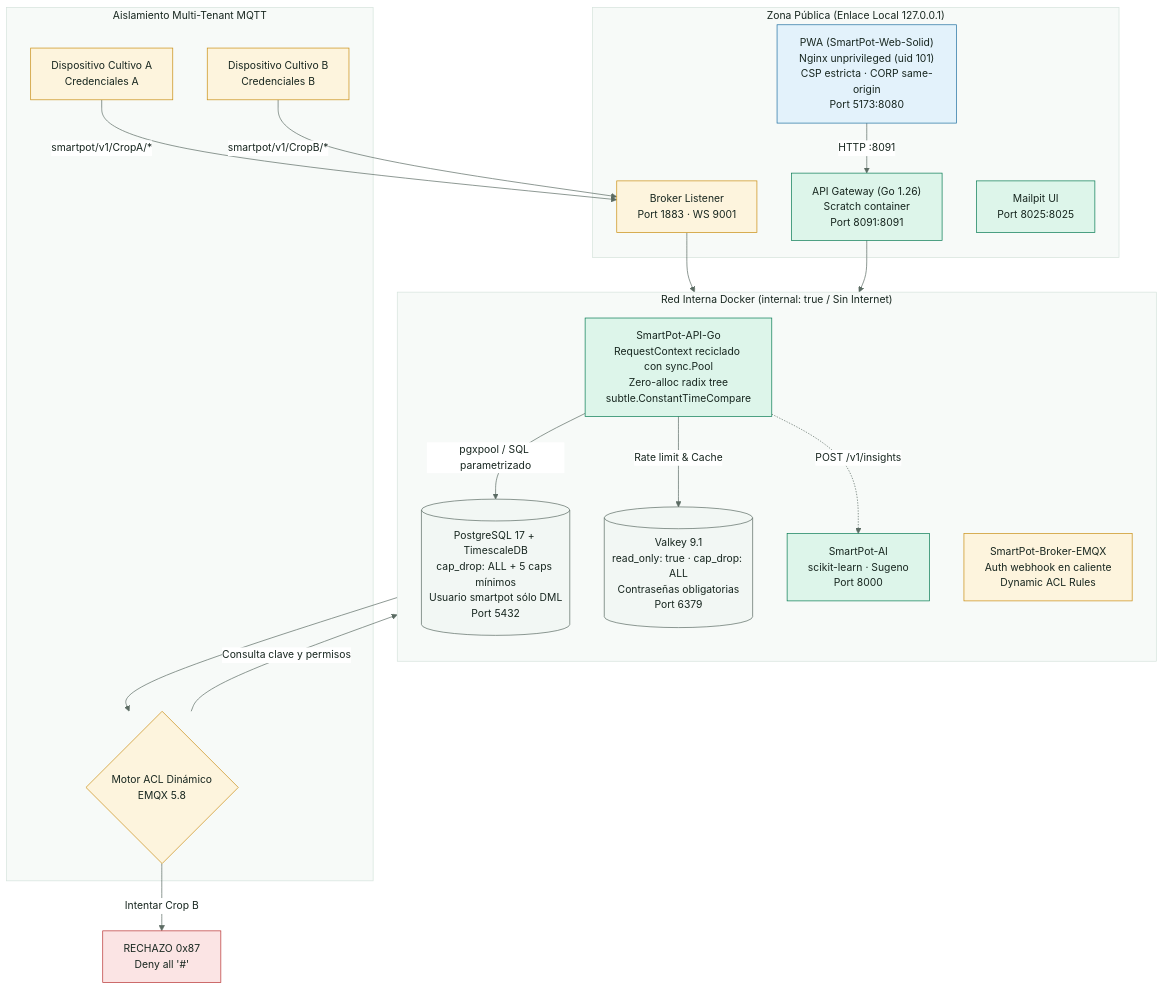
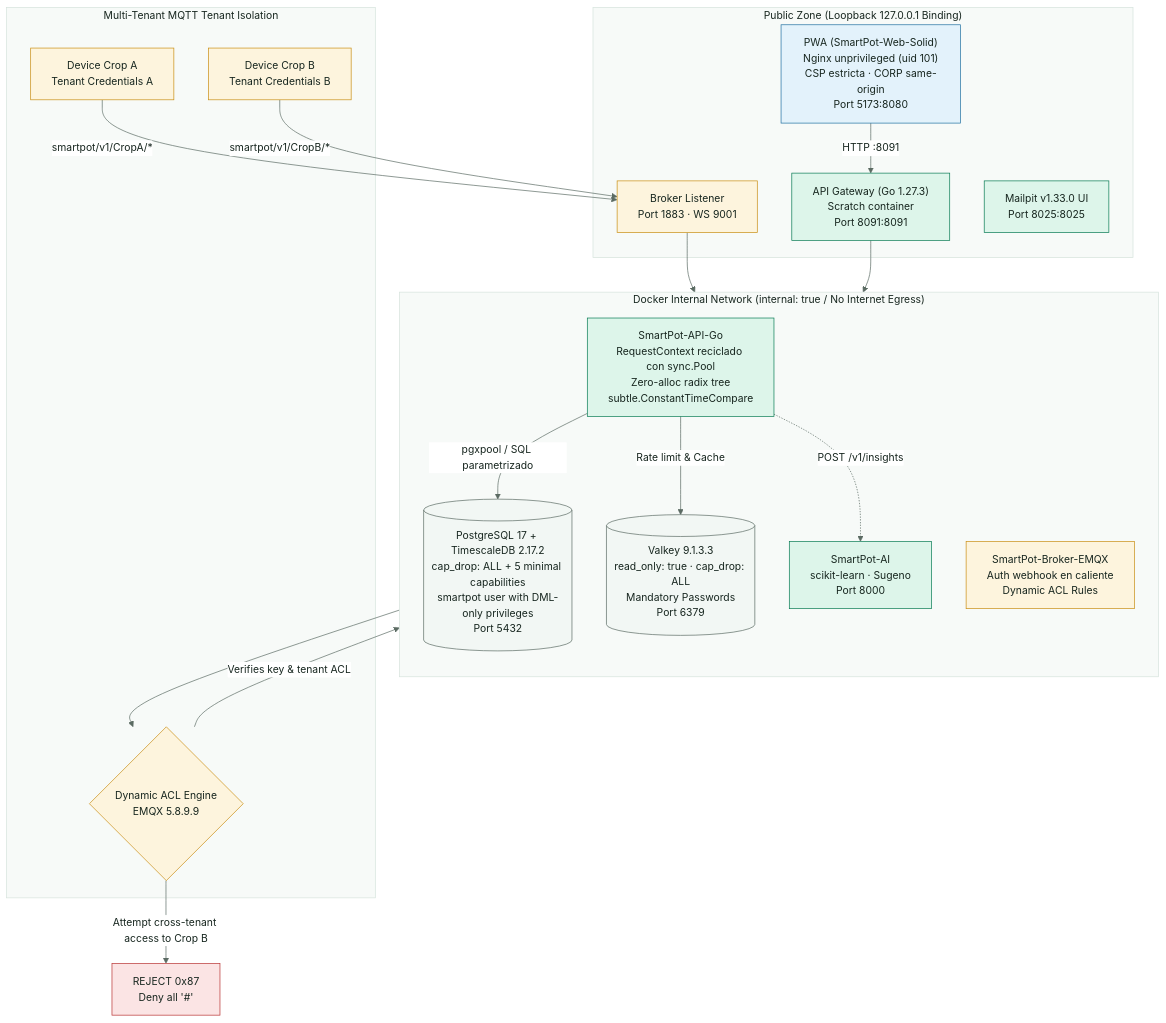
The diagram in docs/diagrams/SmartPot_48_AppSec_Isolation_Topology.mmd (SmartPotTech/.github), drawn with Mermaid before and after one commit. The commit also changed 186 other files, not shown here.

Commit message:
docs(specs): synchronize 100% english organization documentation, diagrams, and formal deliverables

```diff
--- a/docs/diagrams/SmartPot_48_AppSec_Isolation_Topology.mmd
+++ b/docs/diagrams/SmartPot_48_AppSec_Isolation_Topology.mmd
@@ -1,48 +1,48 @@
 %%{init: {"theme": "base", "fontFamily": "Segoe UI, Arial, sans-serif", "themeVariables": {"fontFamily": "Segoe UI, Arial, sans-serif", "fontSize": "15px", "primaryColor": "#DDF5EA", "primaryTextColor": "#17261F", "primaryBorderColor": "#067A52", "secondaryColor": "#E3F2FB", "secondaryTextColor": "#17261F", "secondaryBorderColor": "#1F6FA0", "tertiaryColor": "#F2F7F4", "tertiaryTextColor": "#17261F", "tertiaryBorderColor": "#D5E3DC", "lineColor": "#5B6B63", "textColor": "#17261F", "mainBkg": "#DDF5EA", "nodeBorder": "#067A52", "clusterBkg": "#F7FAF8", "clusterBorder": "#D5E3DC", "edgeLabelBackground": "#FFFFFF", "actorBkg": "#067A52", "actorBorder": "#0B3D2B", "actorTextColor": "#FFFFFF", "actorLineColor": "#5B6B63", "signalColor": "#17261F", "signalTextColor": "#17261F", "labelBoxBkgColor": "#0B3D2B", "labelBoxBorderColor": "#0B3D2B", "labelTextColor": "#FFFFFF", "loopTextColor": "#0B3D2B", "noteBkgColor": "#FDF4DD", "noteBorderColor": "#C98D12", "noteTextColor": "#17261F", "activationBkgColor": "#DDF5EA", "activationBorderColor": "#067A52", "attributeBackgroundColorOdd": "#FFFFFF", "attributeBackgroundColorEven": "#F2F7F4"}}}%%
 flowchart TD
-  subgraph PUBLIC_ZONE["Zona Pública (Enlace Local 127.0.0.1)"]
+  subgraph PUBLIC_ZONE["Public Zone (Loopback 127.0.0.1 Binding)"]
     PWA["PWA (SmartPot-Web-Solid)<br/>Nginx unprivileged (uid 101)<br/>CSP estricta · CORP same-origin<br/>Port 5173:8080"]
-    API_PORT["API Gateway (Go 1.26)<br/>Scratch container<br/>Port 8091:8091"]
+    API_PORT["API Gateway (Go 1.27.3)<br/>Scratch container<br/>Port 8091:8091"]
     BROKER_PORT["Broker Listener<br/>Port 1883 · WS 9001"]
-    MAIL_PORT["Mailpit UI<br/>Port 8025:8025"]
+    MAIL_PORT["Mailpit v1.33.0 UI<br/>Port 8025:8025"]
   end
 
-  subgraph INTERNAL_NETWORK["Red Interna Docker (internal: true / Sin Internet)"]
+  subgraph INTERNAL_NETWORK["Docker Internal Network (internal: true / No Internet Egress)"]
     direction TB
     API["SmartPot-API-Go<br/>RequestContext reciclado con sync.Pool<br/>Zero-alloc radix tree<br/>subtle.ConstantTimeCompare"]
-    DB[("PostgreSQL 17 + TimescaleDB<br/>cap_drop: ALL + 5 caps mínimos<br/>Usuario smartpot sólo DML<br/>Port 5432")]
-    VALKEY[("Valkey 9.1<br/>read_only: true · cap_drop: ALL<br/>Contraseñas obligatorias<br/>Port 6379")]
+    DB[("PostgreSQL 17 + TimescaleDB 2.17.2<br/>cap_drop: ALL + 5 minimal capabilities<br/>smartpot user with DML-only privileges<br/>Port 5432")]
+    VALKEY[("Valkey 9.1.3.3<br/>read_only: true · cap_drop: ALL<br/>Mandatory Passwords<br/>Port 6379")]
     EMQX["SmartPot-Broker-EMQX<br/>Auth webhook en caliente<br/>Dynamic ACL Rules"]
     AI["SmartPot-AI<br/>scikit-learn · Sugeno<br/>Port 8000"]
   end
 
-  subgraph DEVICE_ISOLATION["Aislamiento Multi-Tenant MQTT"]
-    DEV_A["Dispositivo Cultivo A<br/>Credenciales A"]
-    DEV_B["Dispositivo Cultivo B<br/>Credenciales B"]
-    ACL_ENGINE{"Motor ACL Dinámico<br/>EMQX 5.8"}
+  subgraph DEVICE_ISOLATION["Multi-Tenant MQTT Tenant Isolation"]
+    DEV_A["Device Crop A<br/>Tenant Credentials A"]
+    DEV_B["Device Crop B<br/>Tenant Credentials B"]
+    ACL_ENGINE{"Dynamic ACL Engine<br/>EMQX 5.8.9.9"}
   end
 
   PWA -->|HTTP :8091| API_PORT
   API_PORT --> API
   API -->|pgxpool / SQL parametrizado| DB
   API -->|Rate limit & Cache| VALKEY
   API -.->|POST /v1/insights| AI
 
   DEV_A -->|smartpot/v1/CropA/*| BROKER_PORT
   DEV_B -->|smartpot/v1/CropB/*| BROKER_PORT
   BROKER_PORT --> EMQX
   EMQX --> ACL_ENGINE
-  ACL_ENGINE -->|Consulta clave y permisos| API
-  ACL_ENGINE -- "Intentar Crop B" --> DENY["RECHAZO 0x87<br/>Deny all '#'"]
+  ACL_ENGINE -->|Verifies key & tenant ACL| API
+  ACL_ENGINE -- "Attempt cross-tenant access to Crop B" --> DENY["REJECT 0x87<br/>Deny all '#'"]
 
   classDef core fill:#DDF5EA,stroke:#067A52,color:#17261F
   classDef platform fill:#E3F2FB,stroke:#1F6FA0,color:#17261F
   classDef store fill:#F2F7F4,stroke:#5B6B63,color:#17261F
   classDef device fill:#FDF4DD,stroke:#C98D12,color:#17261F
   classDef alert fill:#FBE4E4,stroke:#B83232,color:#17261F
 
   class API,API_PORT core
   class PWA platform
   class DB,VALKEY store
   class EMQX,DEV_A,DEV_B,BROKER_PORT,ACL_ENGINE device
   class DENY alert
```
